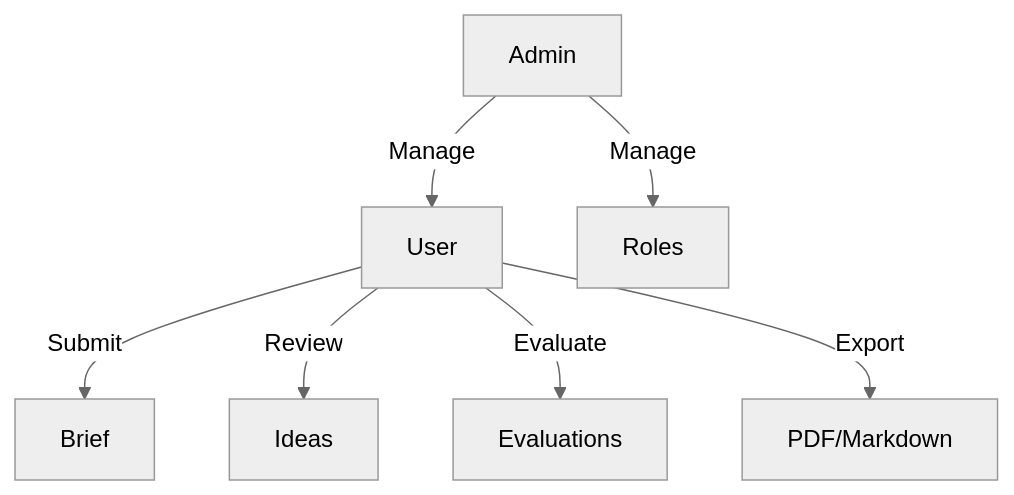
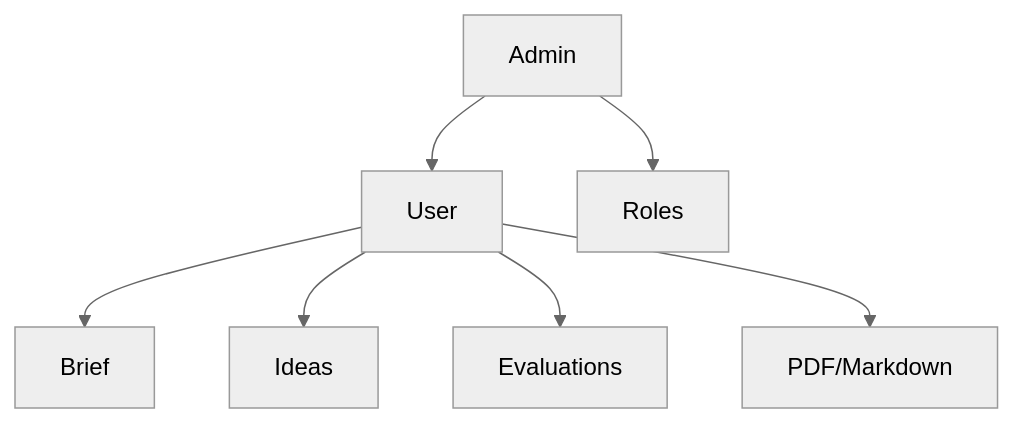
One commit to sturchio/Section_AI_MMBA_Project__August_2025 changed the seventh of 7 diagrams in Project Repo/planning/DIAGRAMS.md. Above: the diagram before and after it, drawn with Mermaid (neutral theme). The commit also changed other lines of this file, not shown here.

Commit message:
Fix another error displaying first Mermaid diagram

````diff
--- a/Project Repo/planning/DIAGRAMS.md
+++ b/Project Repo/planning/DIAGRAMS.md
@@ -120,10 +124,10 @@
 ```mermaid
 graph TD
-  U[User] -->|Submit| B[Brief]
-  U -->|Review| I[Ideas]
-  U -->|Evaluate| E[Evaluations]
-  U -->|Export| X[PDF/Markdown]
+  U[User] --> B[Brief]
+  U --> I[Ideas]
+  U --> E[Evaluations]
+  U --> X[PDF/Markdown]
 
-  A[Admin] -->|Manage| U
-  A -->|Manage| R[Roles]
+  A[Admin] --> U
+  A --> R[Roles]
 ```
````
